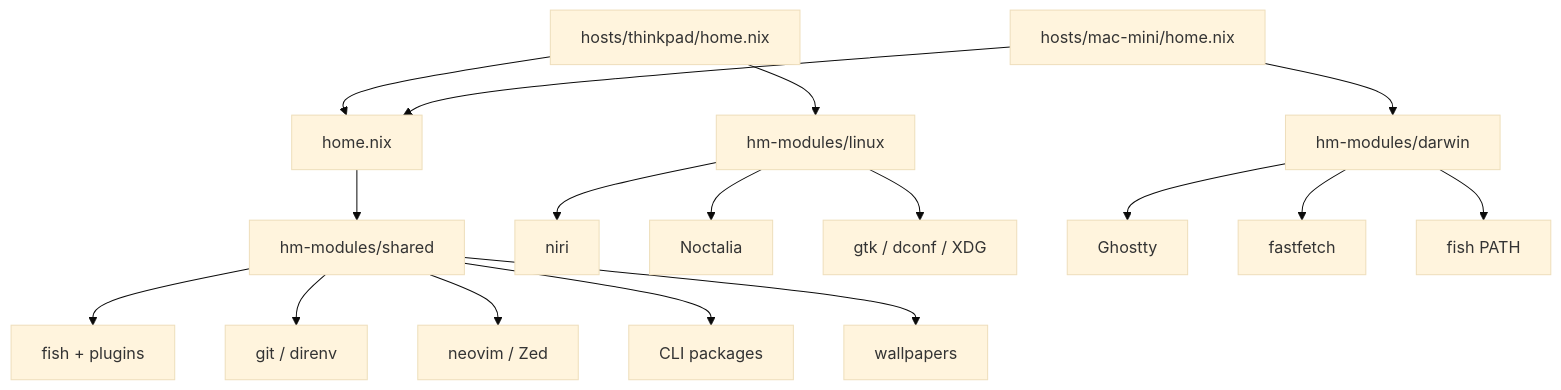
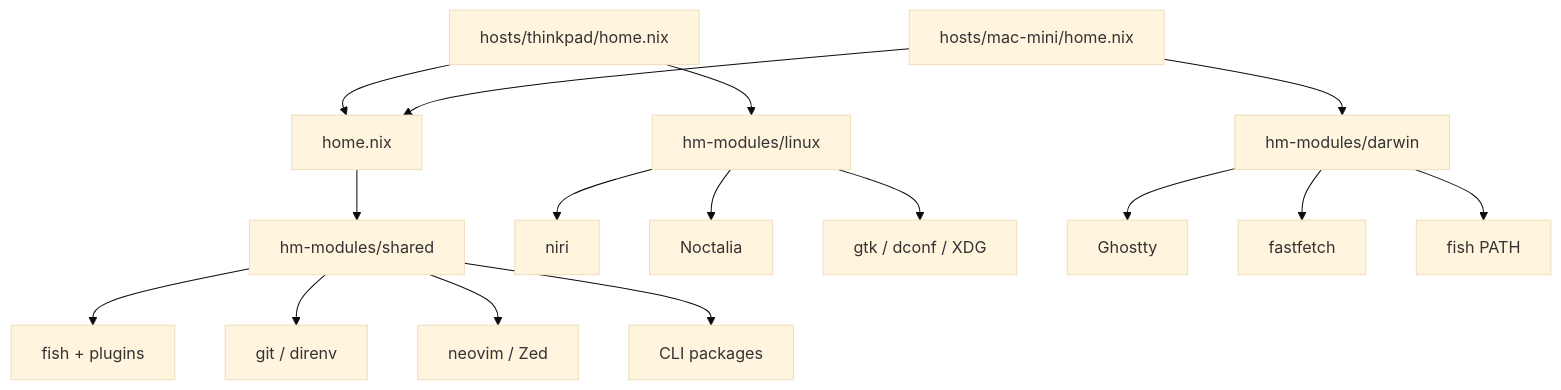
Before and after one commit to kaczub/NixOS: the diagram in docs/architecture.en.md, drawn with Mermaid (base theme). The commit also changed other lines of this file and 11 other files, not shown here.

````diff
--- a/docs/architecture.en.md
+++ b/docs/architecture.en.md
@@ -40,22 +39,21 @@
 ```mermaid
 flowchart TD
     BASE[home.nix] --> SH[hm-modules/shared]
     TH[hosts/thinkpad/home.nix] --> BASE
     MH[hosts/mac-mini/home.nix] --> BASE
     TH --> LX[hm-modules/linux]
     MH --> DW[hm-modules/darwin]
 
     SH --> FISH[fish + plugins]
     SH --> GIT[git / direnv]
     SH --> EDIT[neovim / Zed]
     SH --> CLI[CLI packages]
-    SH --> WALL[wallpapers]
 
     LX --> NIRI[niri]
     LX --> NOCT[Noctalia]
     LX --> GTK[gtk / dconf / XDG]
 
     DW --> GHOSTTY[Ghostty]
     DW --> FF[fastfetch]
     DW --> PATH[fish PATH]
 ```
````
